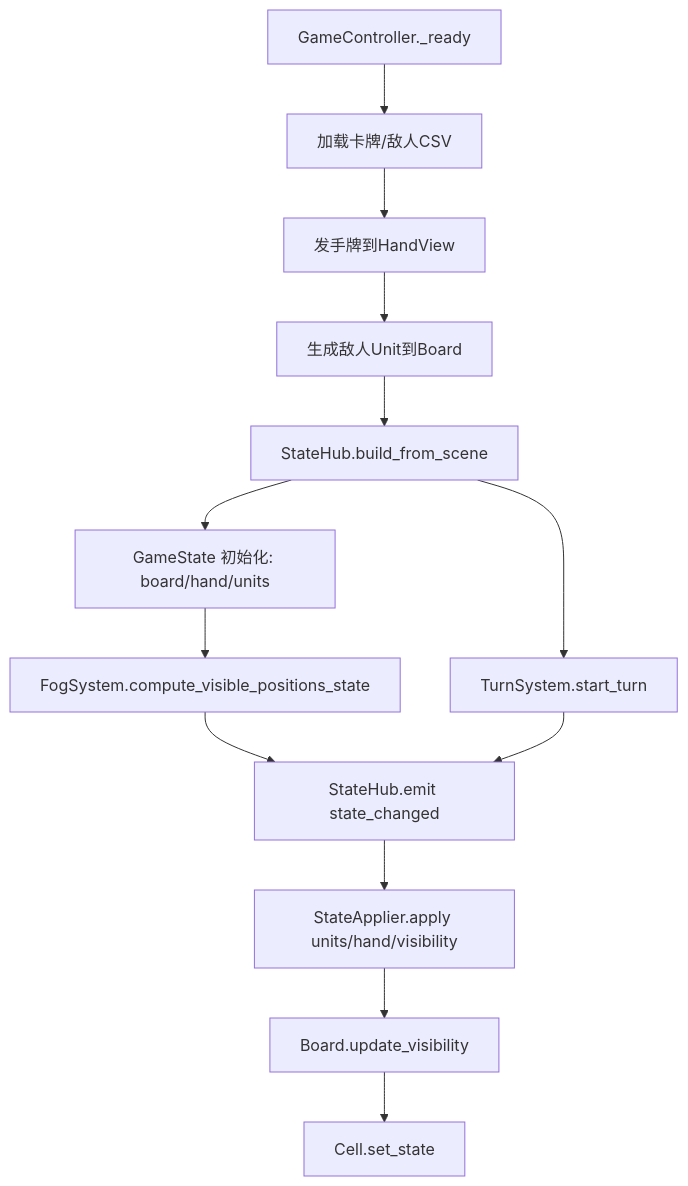
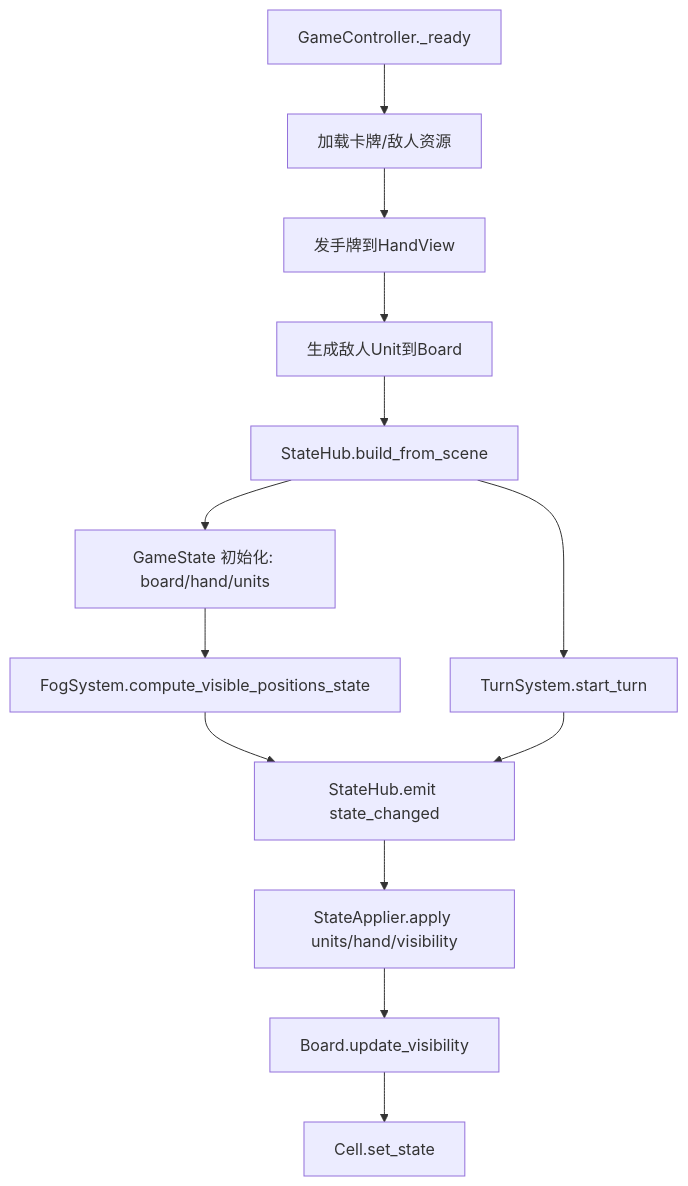
The first of 5 diagrams in codex/ARCHITECTURE.md (nOstalgia-April/CardGameDemo), drawn with Mermaid before and after one commit. The commit also changed other lines of this file and 162 other files, not shown here.

````diff
--- a/codex/ARCHITECTURE.md
+++ b/codex/ARCHITECTURE.md
@@ -76,15 +76,15 @@
 ```mermaid
 flowchart TD
-  A[GameController._ready] --> B[加载卡牌/敌人CSV]
+  A[GameController._ready] --> B[加载卡牌/敌人资源]
   B --> C[发手牌到HandView]
   C --> D[生成敌人Unit到Board]
   D --> E[StateHub.build_from_scene]
   E --> F[GameState 初始化: board/hand/units]
   F --> G[FogSystem.compute_visible_positions_state]
   G --> H[StateHub.emit state_changed]
   H --> I[StateApplier.apply units/hand/visibility]
   I --> J[Board.update_visibility]
   J --> K[Cell.set_state]
   E --> L[TurnSystem.start_turn]
   L --> H
 ```
````
